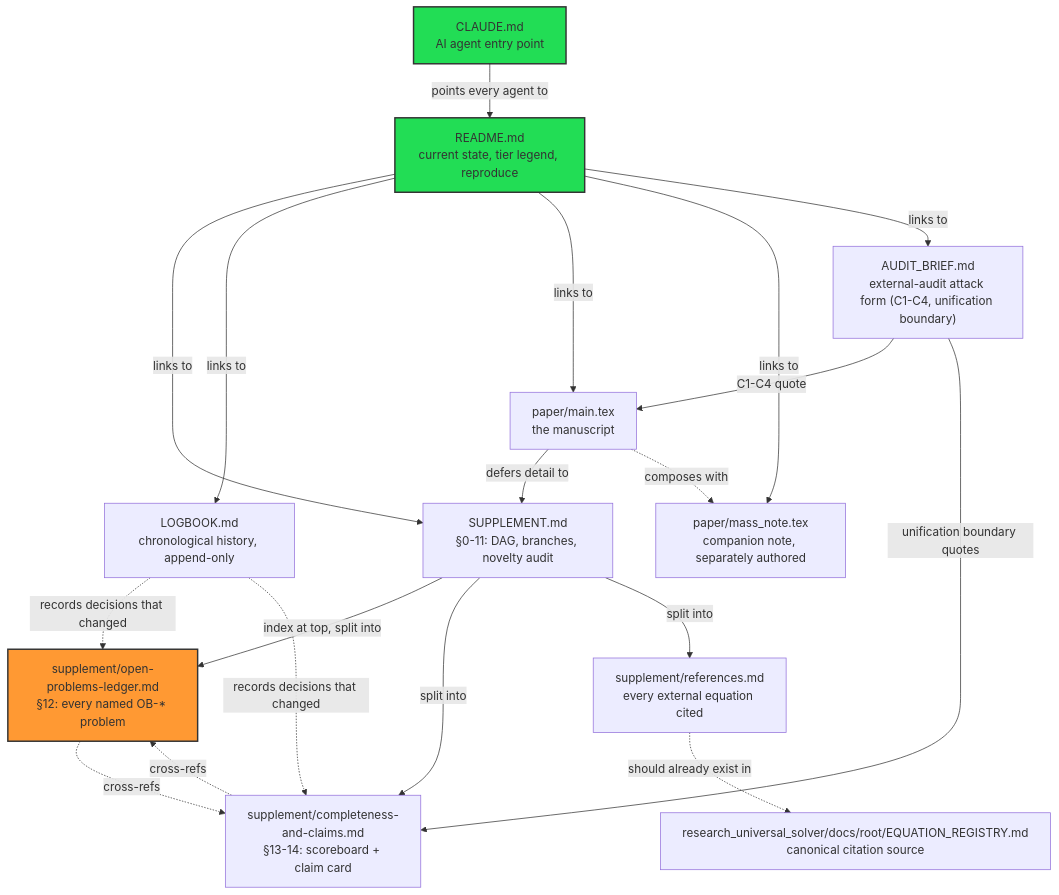
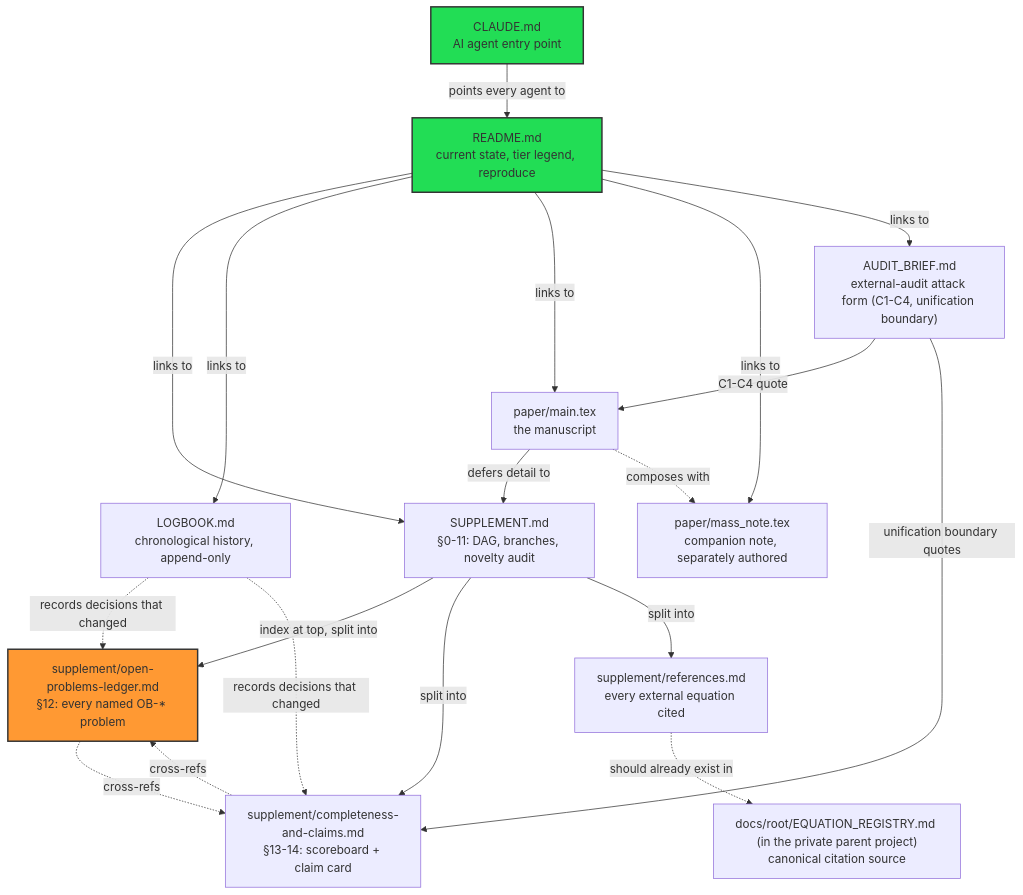
Before and after one commit to morrocwi/causal-quantum-gravity: the diagram in KGMAP.md, drawn with Mermaid. The commit also changed other lines of this file and 30 other files, not shown here.

````diff
--- a/KGMAP.md
+++ b/KGMAP.md
@@ -9,38 +9,38 @@
 ```mermaid
 graph TD
     README["README.md<br/>current state, tier legend, reproduce"]
     CLAUDE["CLAUDE.md<br/>AI agent entry point"]
     LOGBOOK["LOGBOOK.md<br/>chronological history, append-only"]
     AUDIT["AUDIT_BRIEF.md<br/>external-audit attack form (C1-C4, unification boundary)"]
     SUPP["SUPPLEMENT.md<br/>§0-11: DAG, branches, novelty audit"]
     LEDGER["supplement/open-problems-ledger.md<br/>§12: every named OB-* problem"]
     COMPLETE["supplement/completeness-and-claims.md<br/>§13-14: scoreboard + claim card"]
     REFS["supplement/references.md<br/>every external equation cited"]
     MAIN["paper/main.tex<br/>the manuscript"]
     MASSNOTE["paper/mass_note.tex<br/>companion note, separately authored"]
-    EQREG["research_universal_solver/docs/root/EQUATION_REGISTRY.md<br/>canonical citation source"]
+    EQREG["docs/root/EQUATION_REGISTRY.md (in the private parent project)<br/>canonical citation source"]
 
     CLAUDE -->|"points every agent to"| README
     README -->|"links to"| SUPP
     README -->|"links to"| LOGBOOK
     README -->|"links to"| MAIN
     README -->|"links to"| MASSNOTE
     README -->|"links to"| AUDIT
     SUPP -->|"index at top, split into"| LEDGER
     SUPP -->|"split into"| COMPLETE
     SUPP -->|"split into"| REFS
     LEDGER -.->|"cross-refs"| COMPLETE
     COMPLETE -.->|"cross-refs"| LEDGER
     AUDIT -->|"C1-C4 quote"| MAIN
     AUDIT -->|"unification boundary quotes"| COMPLETE
     MAIN -->|"defers detail to"| SUPP
     MAIN -.->|"composes with"| MASSNOTE
     REFS -.->|"should already exist in"| EQREG
     LOGBOOK -.->|"records decisions that changed"| LEDGER
     LOGBOOK -.->|"records decisions that changed"| COMPLETE
 
     classDef entry fill:#2d5,stroke:#333,stroke-width:2px
     classDef live fill:#f93,stroke:#333,stroke-width:2px
     class CLAUDE,README entry
     class LEDGER live
 ```
````
